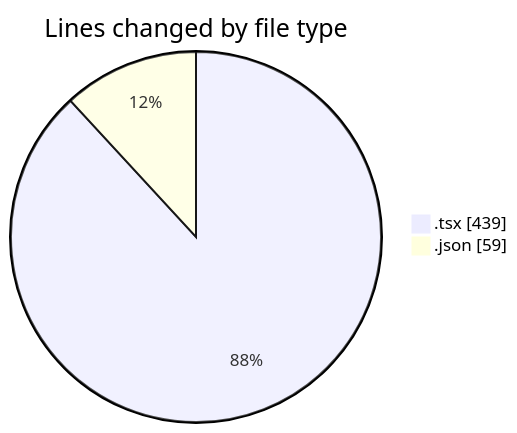
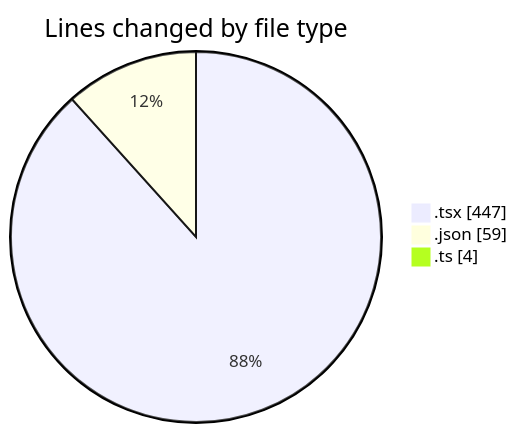
Before and after one commit to momahboobian/code-tracking: the first of 2 diagrams in 2025-11-24/cda/README.md, drawn with Mermaid. The commit also changed other lines of this file and 1 other file, not shown here.

````diff
--- a/2025-11-24/cda/README.md
+++ b/2025-11-24/cda/README.md
@@ -21,6 +23,7 @@
 ```mermaid
 pie showData
 title Lines changed by file type
-".tsx" : 439
+".tsx" : 447
 ".json" : 59
+".ts" : 4
 ```
````
